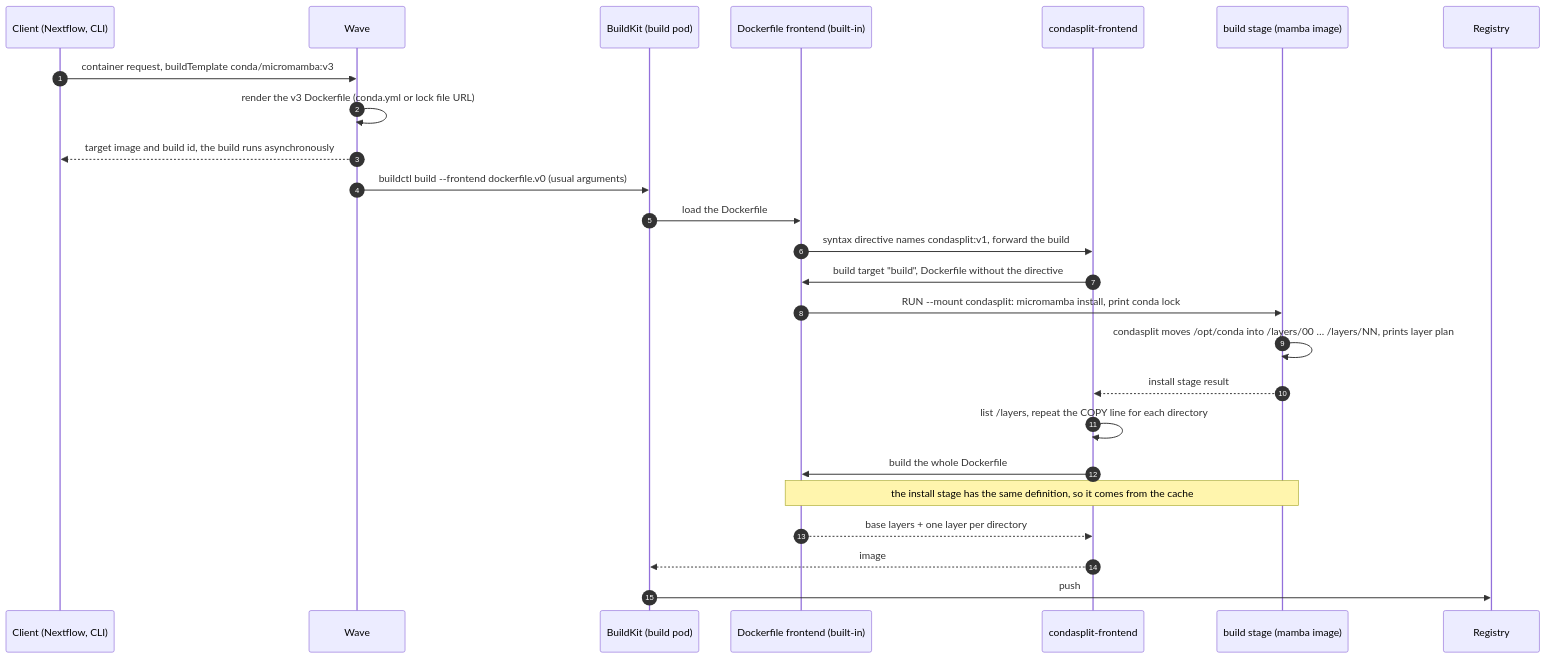
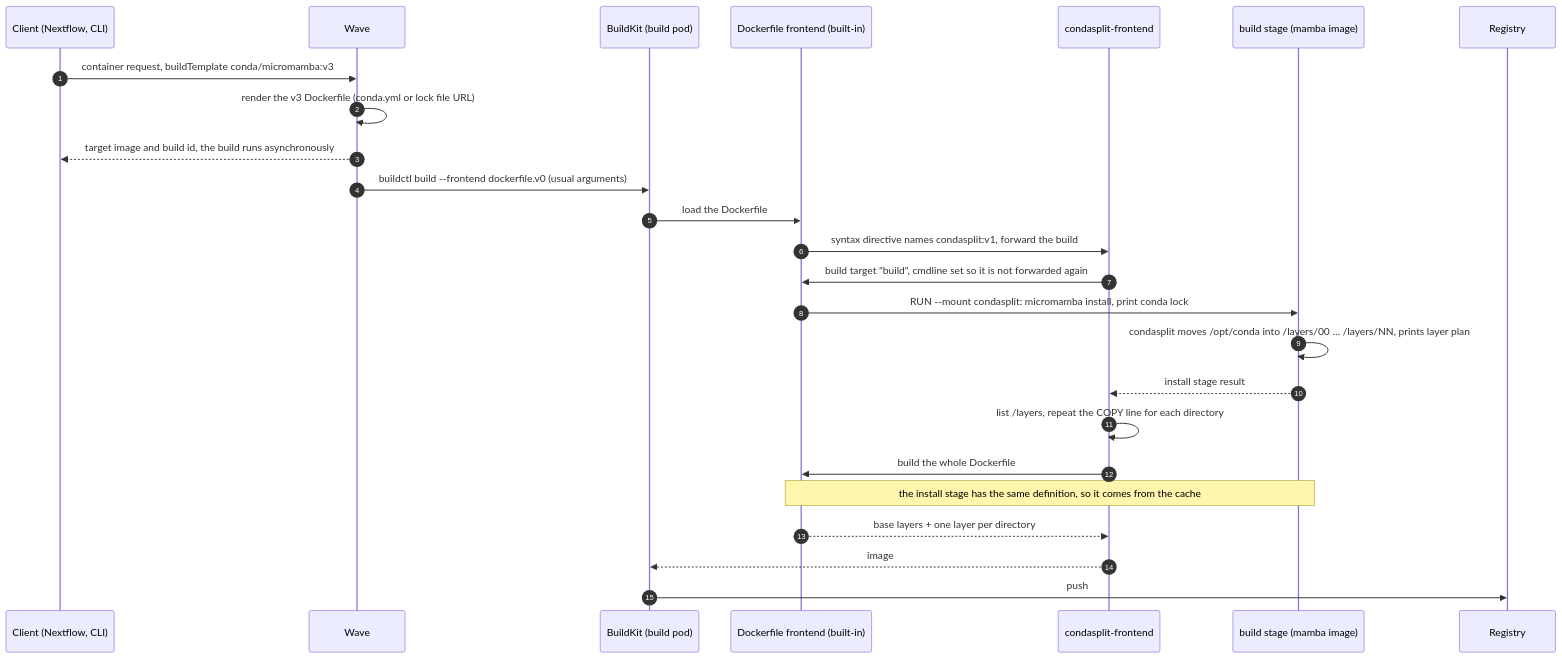
One commit to seqeralabs/wave changed the diagram in specs/002-conda-micromamba-v3-layers/spec.md. Above: the diagram before and after it, drawn with Mermaid. The commit also changed 2 other files, not shown here.

Commit message:
Remove the redundant syntax line stripping from the frontend
The cmdline option set by forward already stops the built-in Dockerfile
frontend from forwarding the build again, so the Dockerfile is now passed
through with its syntax directive.

````diff
--- a/specs/002-conda-micromamba-v3-layers/spec.md
+++ b/specs/002-conda-micromamba-v3-layers/spec.md
@@ -49,28 +49,28 @@
 ```mermaid
 sequenceDiagram
     autonumber
     participant C as Client (Nextflow, CLI)
     participant W as Wave
     participant B as BuildKit (build pod)
     participant D as Dockerfile frontend (built-in)
     participant F as condasplit-frontend
     participant S as build stage (mamba image)
     participant R as Registry
 
     C->>W: container request, buildTemplate conda/micromamba:v3
     W->>W: render the v3 Dockerfile (conda.yml or lock file URL)
     W-->>C: target image and build id, the build runs asynchronously
     W->>B: buildctl build --frontend dockerfile.v0 (usual arguments)
     B->>D: load the Dockerfile
     D->>F: syntax directive names condasplit:v1, forward the build
-    F->>D: build target "build", Dockerfile without the directive
+    F->>D: build target "build", cmdline set so it is not forwarded again
     D->>S: RUN --mount condasplit: micromamba install, print conda lock
     S->>S: condasplit moves /opt/conda into /layers/00 … /layers/NN, prints layer plan
     S-->>F: install stage result
     F->>F: list /layers, repeat the COPY line for each directory
     F->>D: build the whole Dockerfile
     Note over D,S: the install stage has the same definition, so it comes from the cache
     D-->>F: base layers + one layer per directory
     F-->>B: image
     B->>R: push
 ```
````
